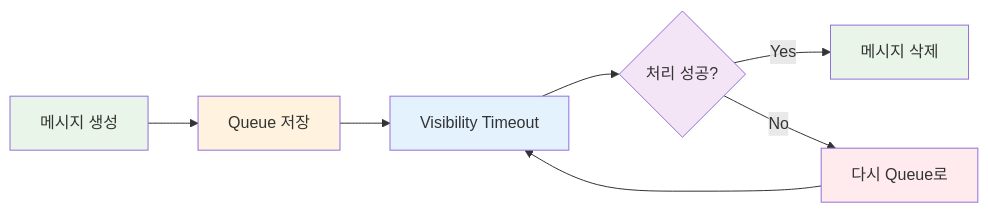
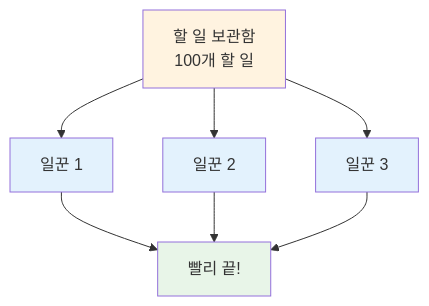
Before and after one commit to niceguy61/kdt_devops_lecture_2025: the third of 6 diagrams in theory/november/week_02/day1/session_1.md, drawn with Mermaid. The commit also changed other lines of this file and 1 other file, not shown here.

````diff
--- a/theory/november/week_02/day1/session_1.md
+++ b/theory/november/week_02/day1/session_1.md
@@ -154,16 +146,16 @@
 ```mermaid
-graph LR
-    A[메시지 생성] --> B[Queue 저장]
-    B --> C[Visibility Timeout]
-    C --> D{처리 성공?}
-    D -->|Yes| E[메시지 삭제]
-    D -->|No| F[다시 Queue로]
-    F --> C
+graph TB
+    A[할 일 보관함<br/>100개 할 일] --> B[일꾼 1]
+    A --> C[일꾼 2]
+    A --> D[일꾼 3]
     
-    style A fill:#e8f5e8
-    style B fill:#fff3e0
+    B --> E[빨리 끝!]
+    C --> E
+    D --> E
+    
+    style A fill:#fff3e0
+    style B fill:#e3f2fd
     style C fill:#e3f2fd
-    style D fill:#f3e5f5
+    style D fill:#e3f2fd
     style E fill:#e8f5e8
-    style F fill:#ffebee
 ```
````
